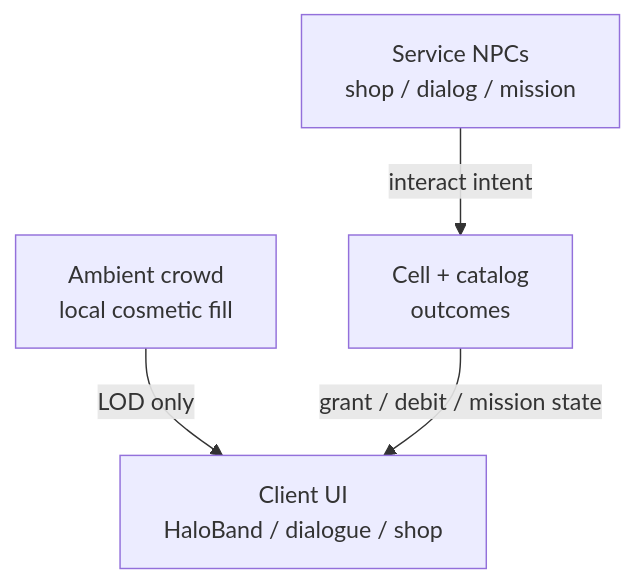
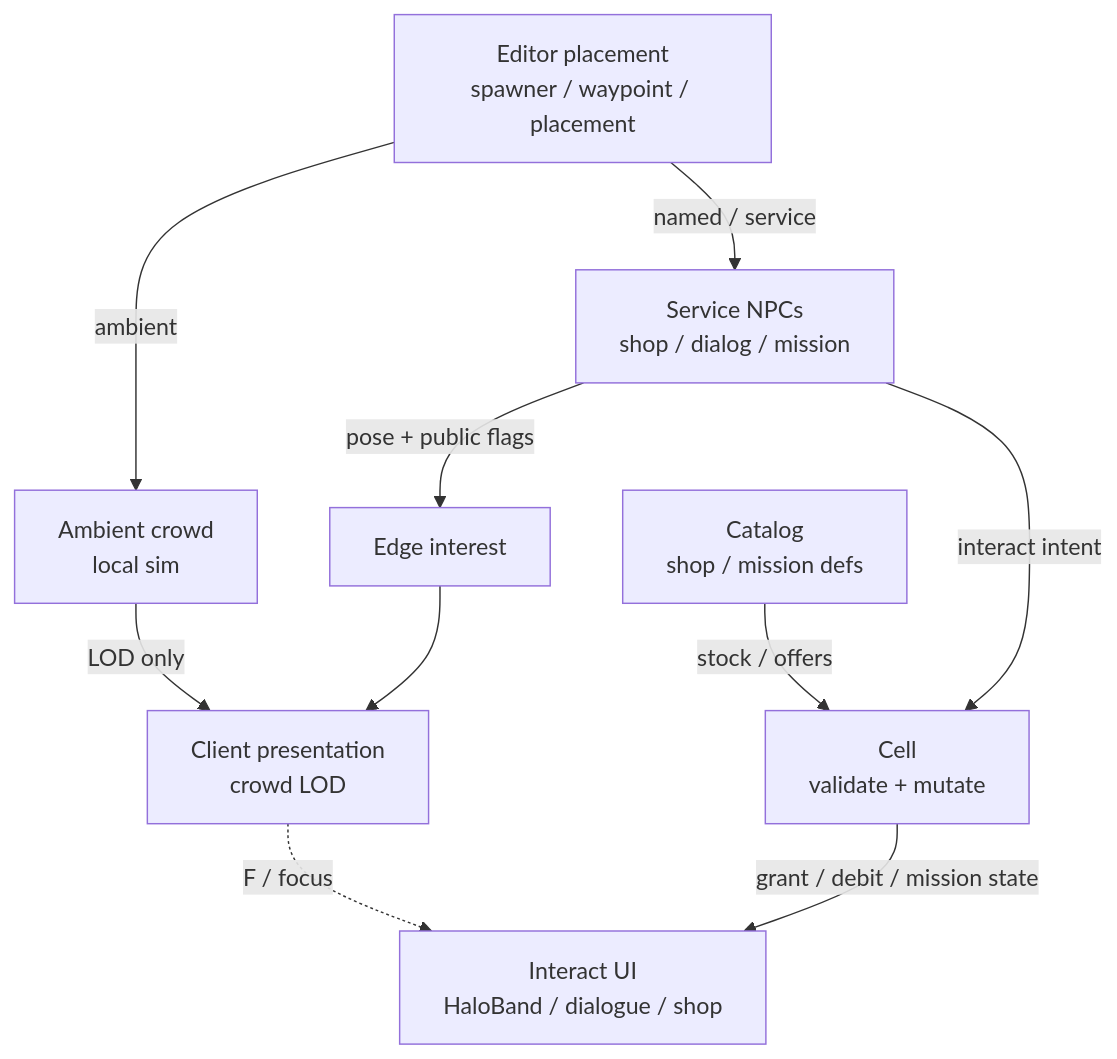
Before and after one commit to AlanGreyjoy/claudecitizen: the first of 2 diagrams in docs/docs/architecture/npc.md, drawn with Mermaid. The commit also changed other lines of this file and 94 other files, not shown here.

First line of the commit message:
feat(docs): expand architecture documentation for planets, missions, and factions

````diff
--- a/docs/docs/architecture/npc.md
+++ b/docs/docs/architecture/npc.md
@@ -58,10 +60,20 @@
 ```mermaid
 flowchart TB
-  Ambient["Ambient crowd<br/>local cosmetic fill"]
+  Author["Editor placement<br/>spawner / waypoint / placement"]
+  Ambient["Ambient crowd<br/>local sim"]
   Service["Service NPCs<br/>shop / dialog / mission"]
-  Cell["Cell + catalog<br/>outcomes"]
-  UI["Client UI<br/>HaloBand / dialogue / shop"]
-  Ambient -->|"LOD only"| UI
+  Present["Client presentation<br/>crowd LOD"]
+  Edge["Edge interest"]
+  Cell["Cell<br/>validate + mutate"]
+  Catalog["Catalog<br/>shop / mission defs"]
+  UI["Interact UI<br/>HaloBand / dialogue / shop"]
+  Author -->|"ambient"| Ambient
+  Author -->|"named / service"| Service
+  Ambient -->|"LOD only"| Present
+  Service -->|"pose + public flags"| Edge
+  Edge --> Present
   Service -->|"interact intent"| Cell
+  Catalog -->|"stock / offers"| Cell
   Cell -->|"grant / debit / mission state"| UI
+  Present -.->|"F / focus"| UI
 ```
````
